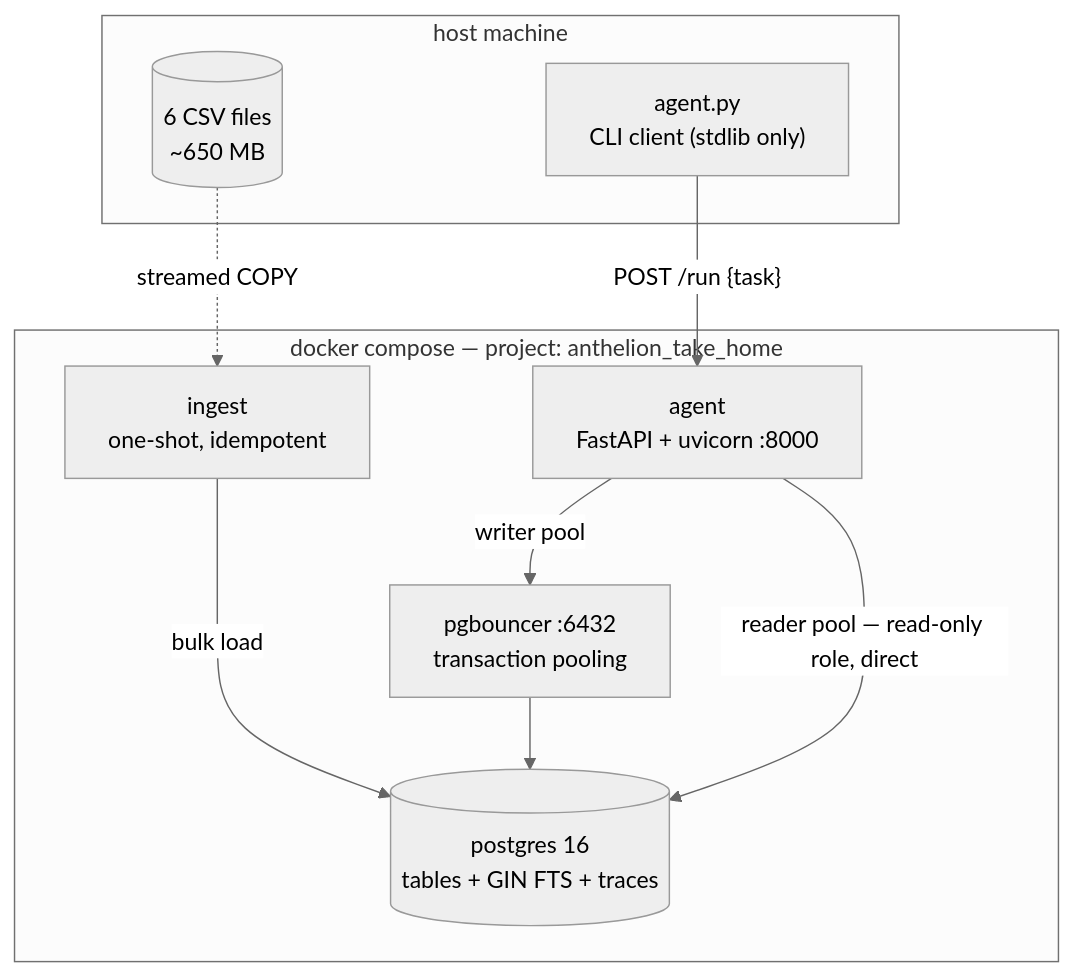
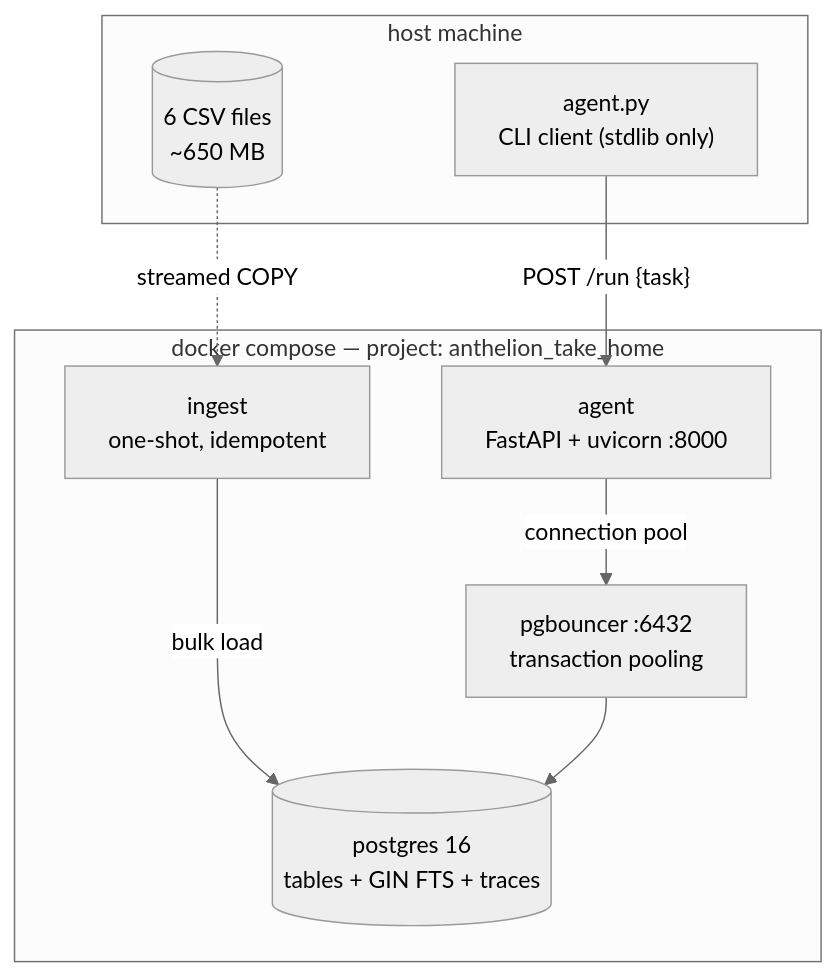
The first of 5 diagrams in ARCHITECTURE.md (11oyduhh/StockNewsAgent), drawn with Mermaid (neutral theme) before and after one commit. The commit also changed other lines of this file and 13 other files, not shown here.

````diff
--- a/ARCHITECTURE.md
+++ b/ARCHITECTURE.md
@@ -13,21 +13,20 @@
 ```mermaid
 graph TB
     subgraph HOST["host machine"]
         CLI["agent.py<br/>CLI client (stdlib only)"]
         CSV[("6 CSV files<br/>~650 MB")]
     end
 
     subgraph STACK["docker compose — project: anthelion_take_home"]
         INGEST["ingest<br/>one-shot, idempotent"]
         AGENT["agent<br/>FastAPI + uvicorn :8000"]
         PGB["pgbouncer :6432<br/>transaction pooling"]
         PG[("postgres 16<br/>tables + GIN FTS + traces")]
     end
 
     CLI -->|"POST /run {task}"| AGENT
     CSV -.->|"streamed COPY"| INGEST
     INGEST -->|"bulk load"| PG
-    AGENT -->|"writer pool"| PGB
+    AGENT -->|"connection pool"| PGB
     PGB --> PG
-    AGENT -->|"reader pool — read-only role, direct"| PG
 ```
````
